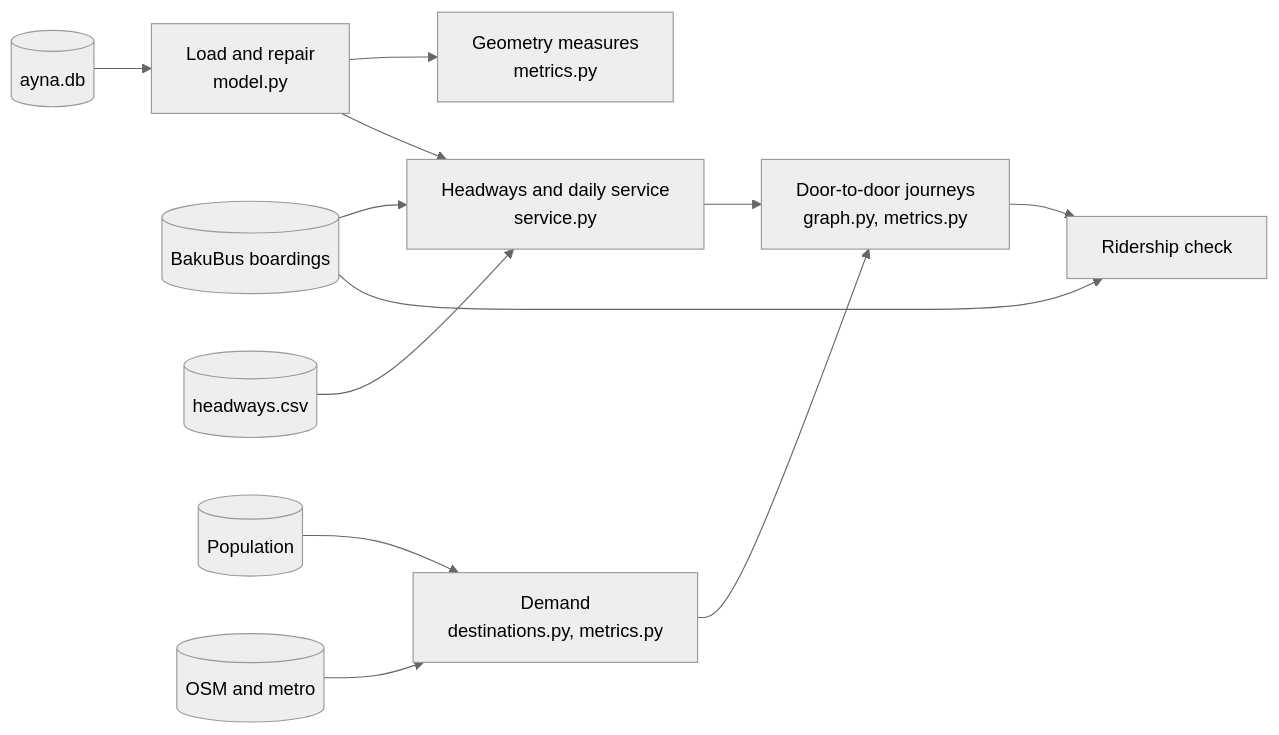
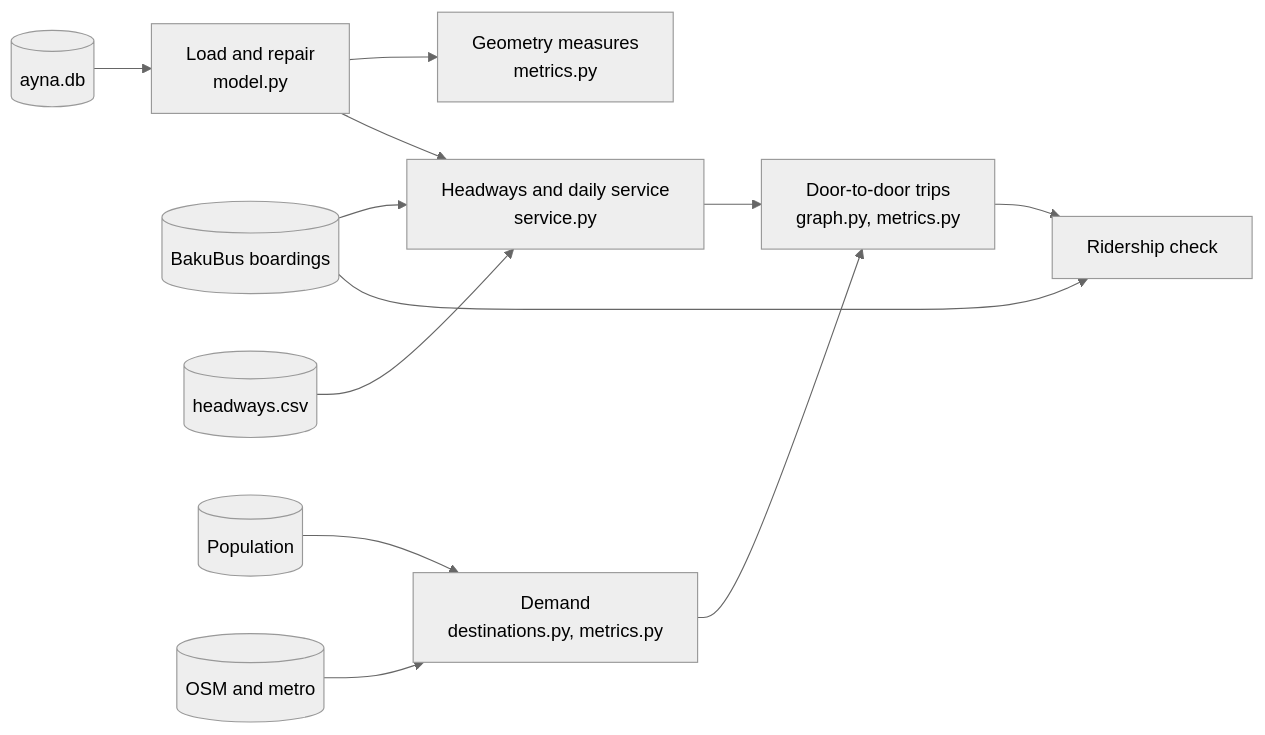
The diagram in docs/methodology.md (ismatsamadov/route_efficiency), drawn with Mermaid (neutral theme) before and after one commit. The commit also changed other lines of this file and 8 other files, not shown here.

````diff
--- a/docs/methodology.md
+++ b/docs/methodology.md
@@ -6,14 +6,14 @@
 ```mermaid
 flowchart LR
   db[(ayna.db)] --> repair[Load and repair<br/>model.py]
   repair --> geo[Geometry measures<br/>metrics.py]
   repair --> svc[Headways and daily service<br/>service.py]
   rid[(BakuBus boardings)] --> svc
   hw[(headways.csv)] --> svc
   pop[(Population)] --> dem[Demand<br/>destinations.py, metrics.py]
   osm[(OSM and metro)] --> dem
-  svc --> j[Door-to-door journeys<br/>graph.py, metrics.py]
+  svc --> j[Door-to-door trips<br/>graph.py, metrics.py]
   dem --> j
   j --> check[Ridership check]
   rid --> check
 ```
````
